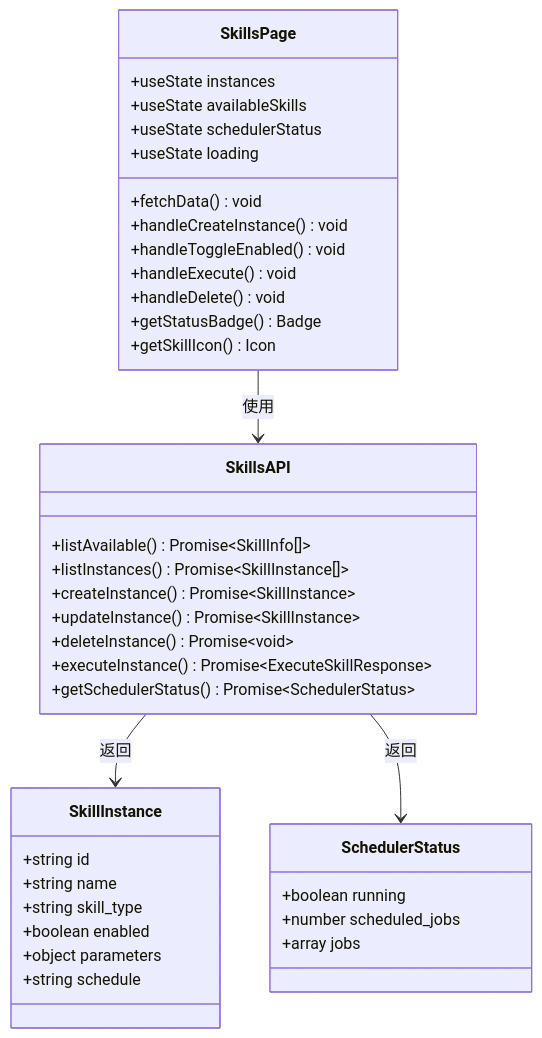
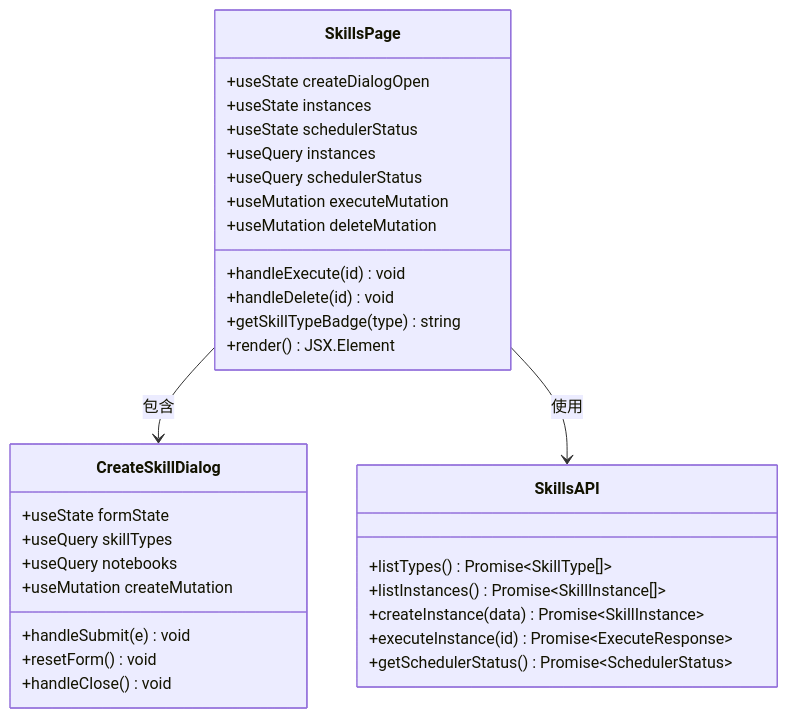
Before and after one commit to jackeyunjie/open-notebook: the third of 12 diagrams in .qoder/repowiki/zh/content/前端架构/技能管理前端页面.md, drawn with Mermaid. The commit also changed other lines of this file and 24 other files, not shown here.

````diff
--- a/.qoder/repowiki/zh/content/前端架构/技能管理前端页面.md
+++ b/.qoder/repowiki/zh/content/前端架构/技能管理前端页面.md
@@ -141,41 +182,34 @@
 ```mermaid
 classDiagram
 class SkillsPage {
++useState createDialogOpen
 +useState instances
-+useState availableSkills
 +useState schedulerStatus
-+useState loading
-+fetchData() void
-+handleCreateInstance() void
-+handleToggleEnabled() void
-+handleExecute() void
-+handleDelete() void
-+getStatusBadge() Badge
-+getSkillIcon() Icon
++useQuery instances
++useQuery schedulerStatus
++useMutation executeMutation
++useMutation deleteMutation
++handleExecute(id) void
++handleDelete(id) void
++getSkillTypeBadge(type) string
++render() JSX.Element
+}
+class CreateSkillDialog {
++useState formState
++useQuery skillTypes
++useQuery notebooks
++useMutation createMutation
++handleSubmit(e) void
++resetForm() void
++handleClose() void
 }
 class SkillsAPI {
-+listAvailable() Promise~SkillInfo[]~
++listTypes() Promise~SkillType[]~
 +listInstances() Promise~SkillInstance[]~
-+createInstance() Promise~SkillInstance~
-+updateInstance() Promise~SkillInstance~
-+deleteInstance() Promise~void~
-+executeInstance() Promise~ExecuteSkillResponse~
++createInstance(data) Promise~SkillInstance~
++executeInstance(id) Promise~ExecuteResponse~
 +getSchedulerStatus() Promise~SchedulerStatus~
 }
-class SkillInstance {
-+string id
-+string name
-+string skill_type
-+boolean enabled
-+object parameters
-+string schedule
-}
-class SchedulerStatus {
-+boolean running
-+number scheduled_jobs
-+array jobs
-}
+SkillsPage --> CreateSkillDialog : 包含
 SkillsPage --> SkillsAPI : 使用
-SkillsAPI --> SkillInstance : 返回
-SkillsAPI --> SchedulerStatus : 返回
 ```
````
